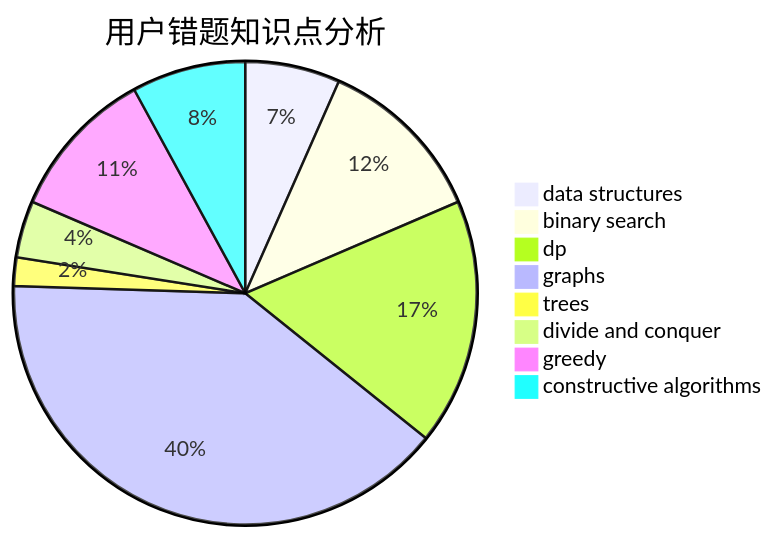
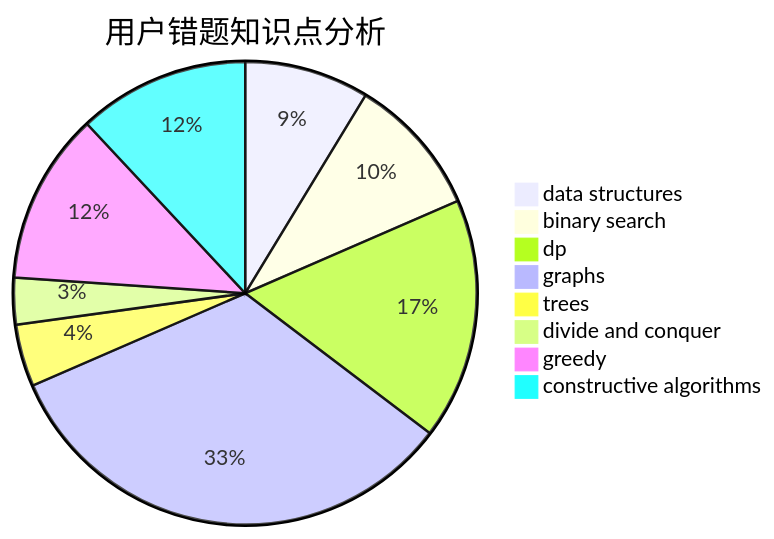
Before and after one commit to sherpahu/cfrs.github.io: the third of 3 diagrams in docs/user/u833.md, drawn with Mermaid. The commit also changed other lines of this file and 2770 other files, not shown here.

````diff
--- a/docs/user/u833.md
+++ b/docs/user/u833.md
@@ -36,11 +36,11 @@
 ```mermaid
 pie title 用户错题知识点分析
-    "data structures" :  10
+    "data structures" :  16
     "binary search" :  18
-    "dp" :  26
-    "graphs" :  60
-    "trees" :  3
+    "dp" :  31
+    "graphs" :  61
+    "trees" :  8
     "divide and conquer" :  6
-    "greedy" :  16
-    "constructive algorithms" :  12
+    "greedy" :  22
+    "constructive algorithms" :  22
 ```
````
